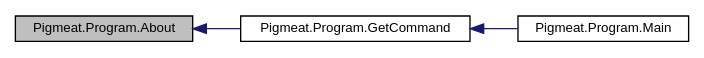
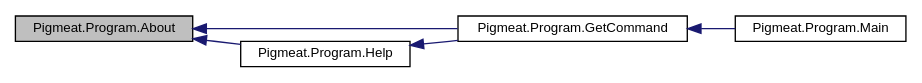
The diagram in class_pigmeat_1_1_program_a9a8bd00e69ab494615e073f050ba2344_icgraph.dot (milovidov983/Pigmeat), drawn with Graphviz before and after one commit. The commit also changed 49 other files, not shown here.

```diff
--- a/class_pigmeat_1_1_program_a9a8bd00e69ab494615e073f050ba2344_icgraph.dot
+++ b/class_pigmeat_1_1_program_a9a8bd00e69ab494615e073f050ba2344_icgraph.dot
@@ -1,11 +1,14 @@
 digraph "Pigmeat.Program.About"
 {
   edge [fontname="Helvetica",fontsize="10",labelfontname="Helvetica",labelfontsize="10"];
   node [fontname="Helvetica",fontsize="10",shape=record];
   rankdir="LR";
   Node1 [label="Pigmeat.Program.About",height=0.2,width=0.4,color="black", fillcolor="grey75", style="filled", fontcolor="black"];
   Node1 -> Node2 [dir="back",color="midnightblue",fontsize="10",style="solid",fontname="Helvetica"];
   Node2 [label="Pigmeat.Program.GetCommand",height=0.2,width=0.4,color="black", fillcolor="white", style="filled",URL="$class_pigmeat_1_1_program.html#a813269f3c9466bddfa561c72eb56de4f",tooltip="Perform actions specified by command calls "];
   Node2 -> Node3 [dir="back",color="midnightblue",fontsize="10",style="solid",fontname="Helvetica"];
   Node3 [label="Pigmeat.Program.Main",height=0.2,width=0.4,color="black", fillcolor="white", style="filled",URL="$class_pigmeat_1_1_program.html#a3b898a93d66f23079be04ac657013df3",tooltip="Handle primary tool information, such as command inputs and current directory "];
+  Node1 -> Node4 [dir="back",color="midnightblue",fontsize="10",style="solid",fontname="Helvetica"];
+  Node4 [label="Pigmeat.Program.Help",height=0.2,width=0.4,color="black", fillcolor="white", style="filled",URL="$class_pigmeat_1_1_program.html#a5ba96e069c0192950fa044954bca4647",tooltip="Show how to use the Pigmeat tool "];
+  Node4 -> Node2 [dir="back",color="midnightblue",fontsize="10",style="solid",fontname="Helvetica"];
 }
```
